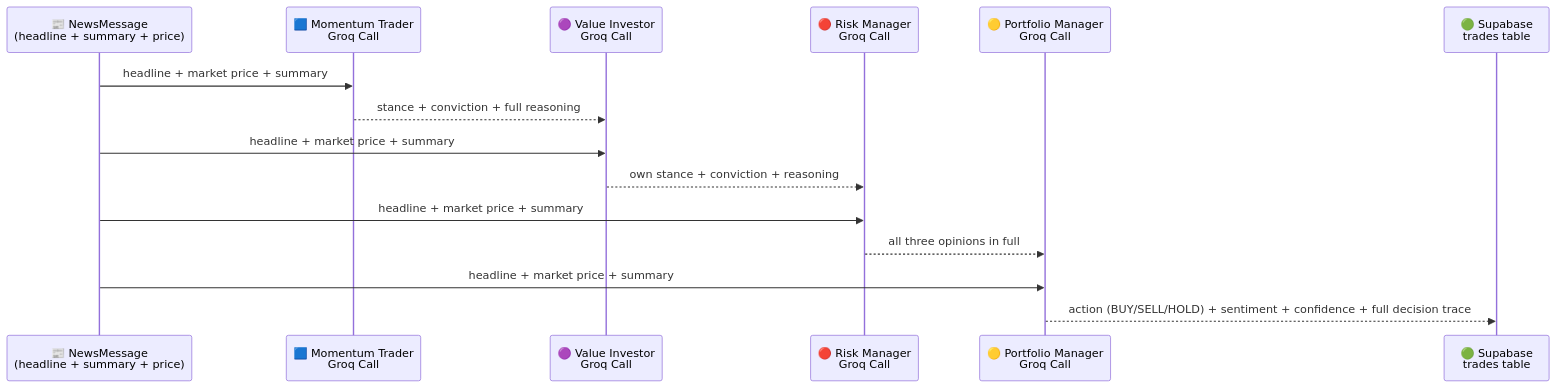
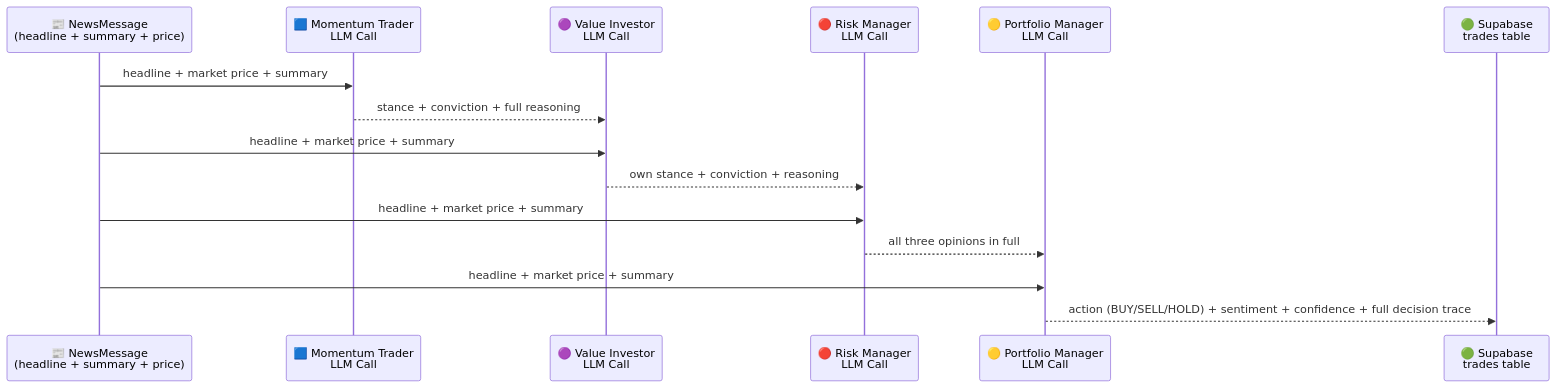
One commit to sundeep-dayalan/sentient-trader changed the third of 4 diagrams in README.md. Above: the diagram before and after it, drawn with Mermaid. The commit also changed other lines of this file and 18 other files, not shown here.

Commit message:
refactor: introduce modular LLM provider architecture with failover and automatic rate limit handling

````diff
--- a/README.md
+++ b/README.md
@@ -271,18 +271,18 @@
 ```mermaid
 sequenceDiagram
     participant N as 📰 NewsMessage<br/>(headline + summary + price)
-    participant M as 🟦 Momentum Trader<br/>Groq Call #1
-    participant V as 🟣 Value Investor<br/>Groq Call #2
-    participant R as 🔴 Risk Manager<br/>Groq Call #3
-    participant S as 🟡 Portfolio Manager<br/>Groq Call #4 (Synthesizer)
+    participant M as 🟦 Momentum Trader<br/>LLM Call #1
+    participant V as 🟣 Value Investor<br/>LLM Call #2
+    participant R as 🔴 Risk Manager<br/>LLM Call #3
+    participant S as 🟡 Portfolio Manager<br/>LLM Call #4 (Synthesizer)
     participant DB as 🟢 Supabase<br/>trades table
 
     N->>M: headline + market price + summary
     M-->>V: stance + conviction + full reasoning
     N->>V: headline + market price + summary
     V-->>R: own stance + conviction + reasoning
     N->>R: headline + market price + summary
     R-->>S: all three opinions in full
     N->>S: headline + market price + summary
     S-->>DB: action (BUY/SELL/HOLD) + sentiment + confidence + full decision trace
 ```
````
